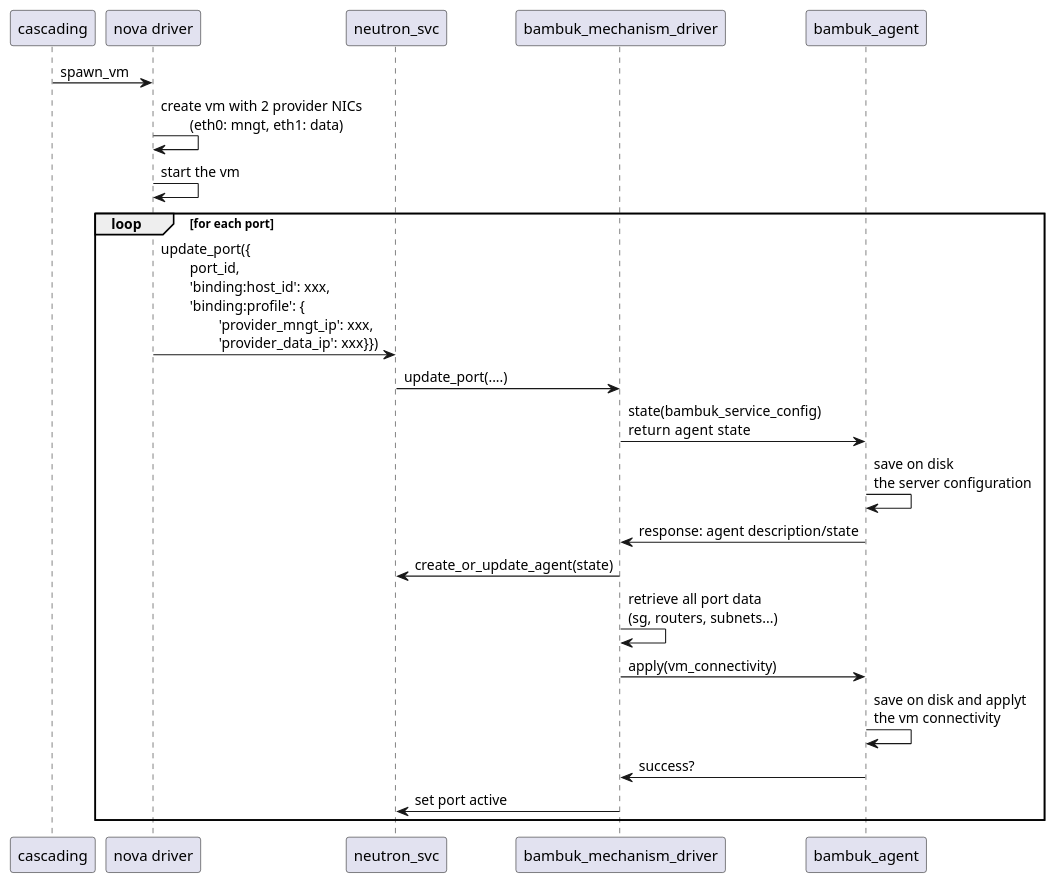
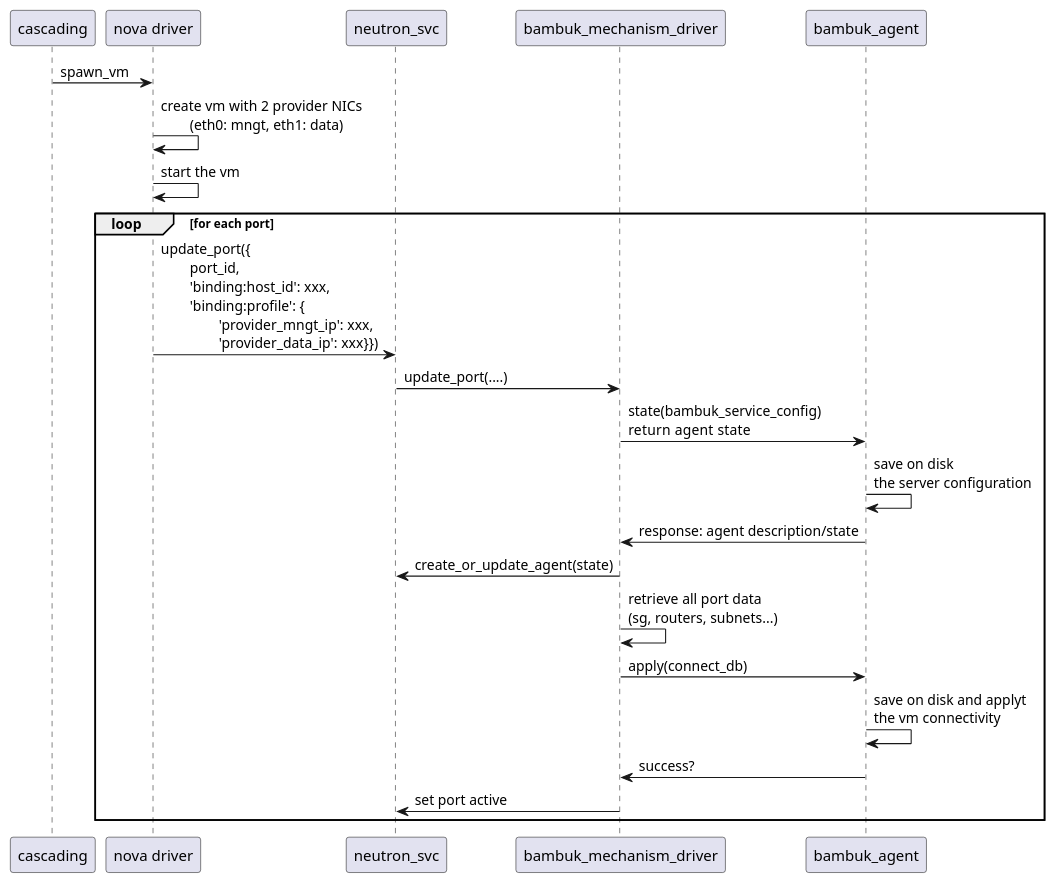
Before and after one commit to lionelz/networking-bambuk: the diagram in doc/source/spawn_vm.puml, drawn with PlantUML. The commit also changed 24 other files, not shown here.

```diff
--- a/doc/source/spawn_vm.puml
+++ b/doc/source/spawn_vm.puml
@@ -1,21 +1,21 @@
 @startuml
 skinparam componentStyle uml2
 
 cascading -> "nova driver": spawn_vm
 "nova driver" -> "nova driver": create vm with 2 provider NICs\n\t(eth0: mngt, eth1: data)
 "nova driver" -> "nova driver": start the vm
 loop for each port
     "nova driver" -> neutron_svc: update_port({\n\tport_id,\n\t'binding:host_id': xxx,\n\t'binding:profile': {\n\t\t'provider_mngt_ip': xxx,\n\t\t'provider_data_ip': xxx}})
     neutron_svc -> bambuk_mechanism_driver: update_port(....)
     bambuk_mechanism_driver -> bambuk_agent: state(bambuk_service_config)\nreturn  agent state
     bambuk_agent -> bambuk_agent: save on disk\nthe server configuration
     bambuk_agent -> bambuk_mechanism_driver: response: agent description/state
     bambuk_mechanism_driver -> neutron_svc: create_or_update_agent(state)
     bambuk_mechanism_driver -> bambuk_mechanism_driver: retrieve all port data\n(sg, routers, subnets...)
-    bambuk_mechanism_driver -> bambuk_agent: apply(vm_connectivity)
+    bambuk_mechanism_driver -> bambuk_agent: apply(connect_db)
     bambuk_agent -> bambuk_agent: save on disk and applyt\nthe vm connectivity
     bambuk_agent -> bambuk_mechanism_driver: success?
     bambuk_mechanism_driver -> neutron_svc: set port active
 end
 
 @enduml
```
